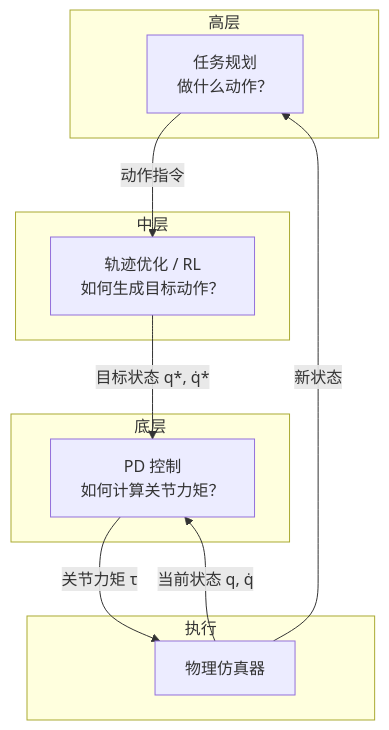
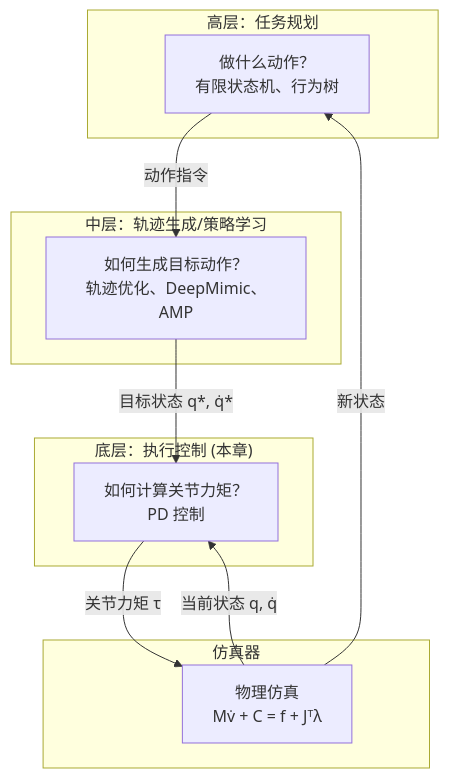
One commit to CaterpillarStudyGroup/GAMES105_mdbook changed the diagram in src/PDControl/PDControl.md. Above: the diagram before and after it, drawn with Mermaid. The commit also changed other lines of this file, not shown here.

First line of the commit message:
PDControl.md: 合并重复的 Mermaid 图

````diff
--- a/src/PDControl/PDControl.md
+++ b/src/PDControl/PDControl.md
@@ -51,24 +9,24 @@
 ```mermaid
 flowchart TD
-    subgraph "高层"
-        A["任务规划<br/>做什么动作？"]
+    subgraph "高层：任务规划"
+        A["做什么动作？<br/>有限状态机、行为树"]
     end
 
-    subgraph "中层"
-        B["轨迹优化 / RL<br/>如何生成目标动作？"]
+    subgraph "中层：轨迹生成/策略学习"
+        B["如何生成目标动作？<br/>轨迹优化、DeepMimic、AMP"]
     end
 
-    subgraph "底层"
-        C["PD 控制<br/>如何计算关节力矩？"]
+    subgraph "底层：执行控制 (本章)"
+        C["如何计算关节力矩？<br/>PD 控制"]
     end
 
-    subgraph "执行"
-        D[物理仿真器]
+    subgraph "仿真器"
+        D["物理仿真<br/>Mv̇ + C = f + Jᵀλ"]
     end
 
     A -->|动作指令 | B
     B -->|目标状态 q*, q̇* | C
     C -->|关节力矩 τ | D
     D -->|当前状态 q, q̇ | C
     D -->|新状态 | A
 ```
````
